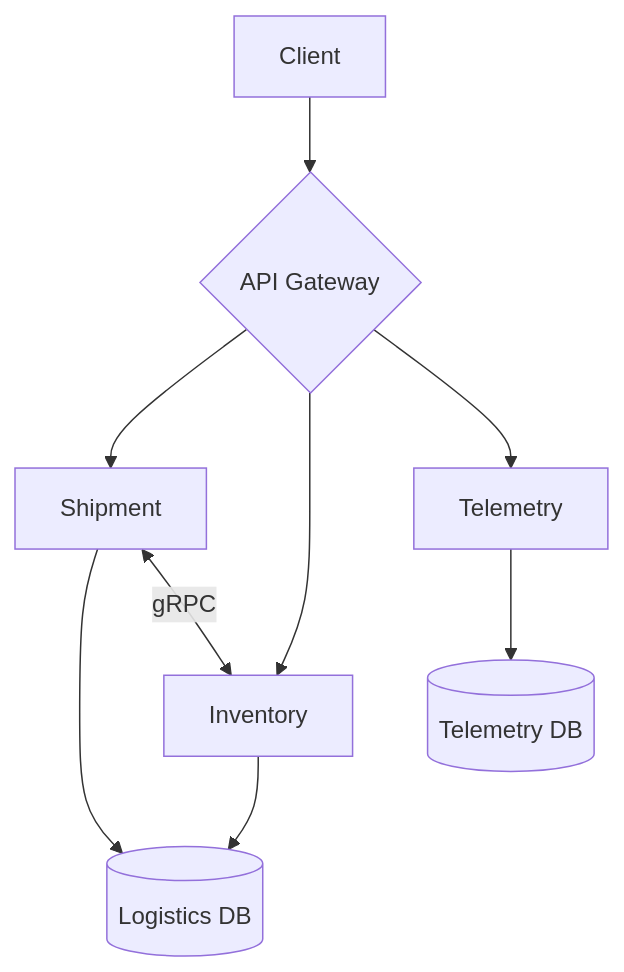
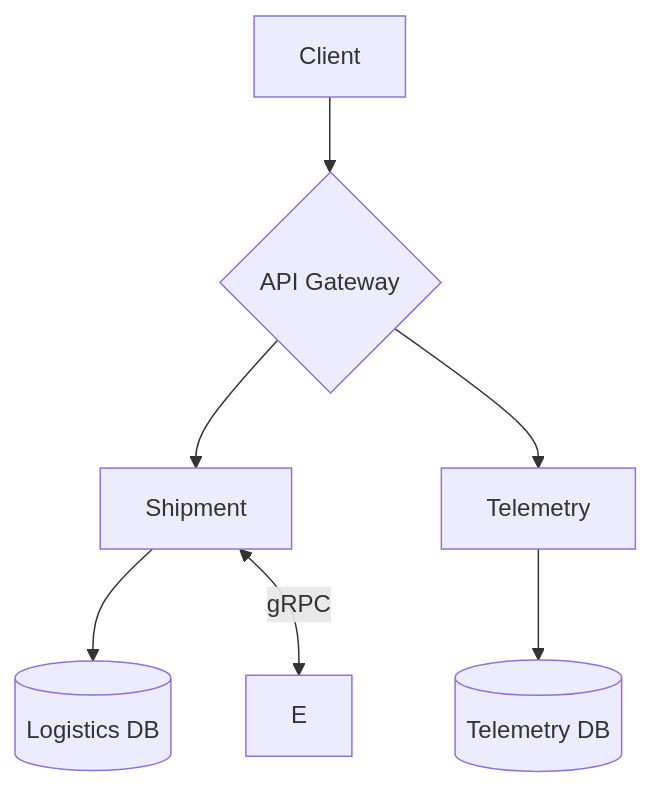
One commit to BadrChoubai/logistics-microservices changed the first of 3 diagrams in ARCHITECTURE.md. Above: the diagram before and after it, drawn with Mermaid. The commit also changed other lines of this file and 19 other files, not shown here.

````diff
--- a/ARCHITECTURE.md
+++ b/ARCHITECTURE.md
@@ -126,8 +99,7 @@
 ```mermaid
 flowchart TD
     A[Client] --> B{API Gateway}
     B --> C[Shipment] --> D[(Logistics DB)]
-    B --> E[Inventory] --> D[(Logistics DB)]
     B --> G[Telemetry] --> H[(Telemetry DB)]
     C <-->|gRPC| E
 ```
````
